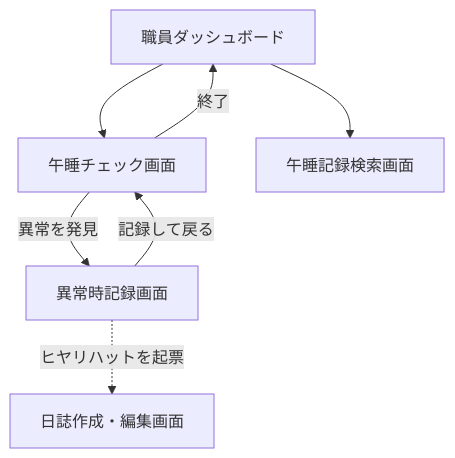
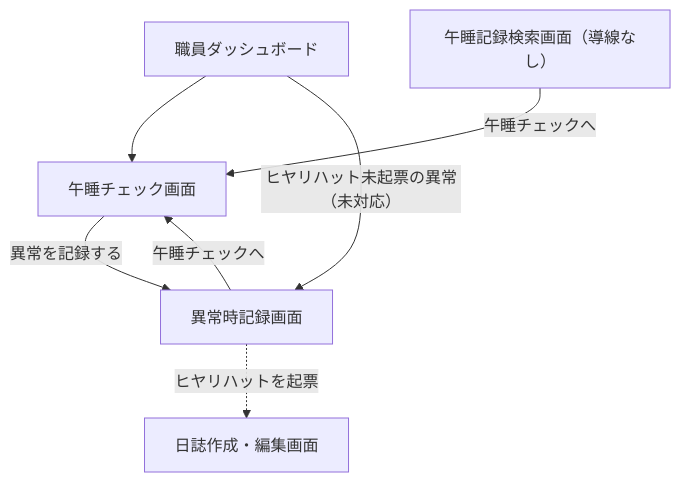
One commit to issei0423/sukusuku_system changed the fifth of 8 diagrams in 図/画面遷移図.md. Above: the diagram before and after it, drawn with Mermaid. The commit also changed other lines of this file and 38 other files, not shown here.

First line of the commit message:
画面遷移図にモックアップの実画面を貼り、実装との差異を整理した

````diff
--- a/図/画面遷移図.md
+++ b/図/画面遷移図.md
@@ -181,9 +245,9 @@
 ```mermaid
 flowchart TD
     SD["職員ダッシュボード"] --> NC["午睡チェック画面"]
-    NC -->|異常を発見| NA["異常時記録画面"]
-    NA -->|記録して戻る| NC
+    NC -->|異常を記録する| NA["異常時記録画面"]
+    NA -->|午睡チェックへ| NC
     NA -.->|ヒヤリハットを起票| DE["日誌作成・編集画面"]
-    SD --> NS["午睡記録検索画面"]
-    NC -->|終了| SD
+    SD -->|ヒヤリハット未起票の異常（未対応）| NA
+    NS["午睡記録検索画面（導線なし）"] -->|午睡チェックへ| NC
 ```
````
